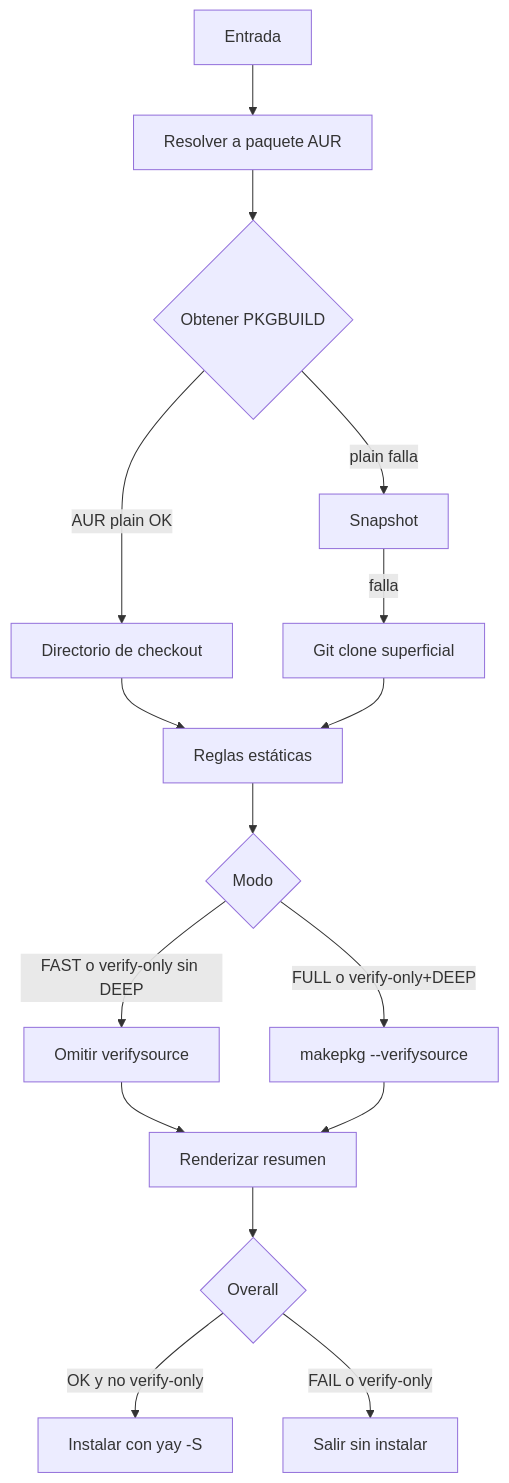
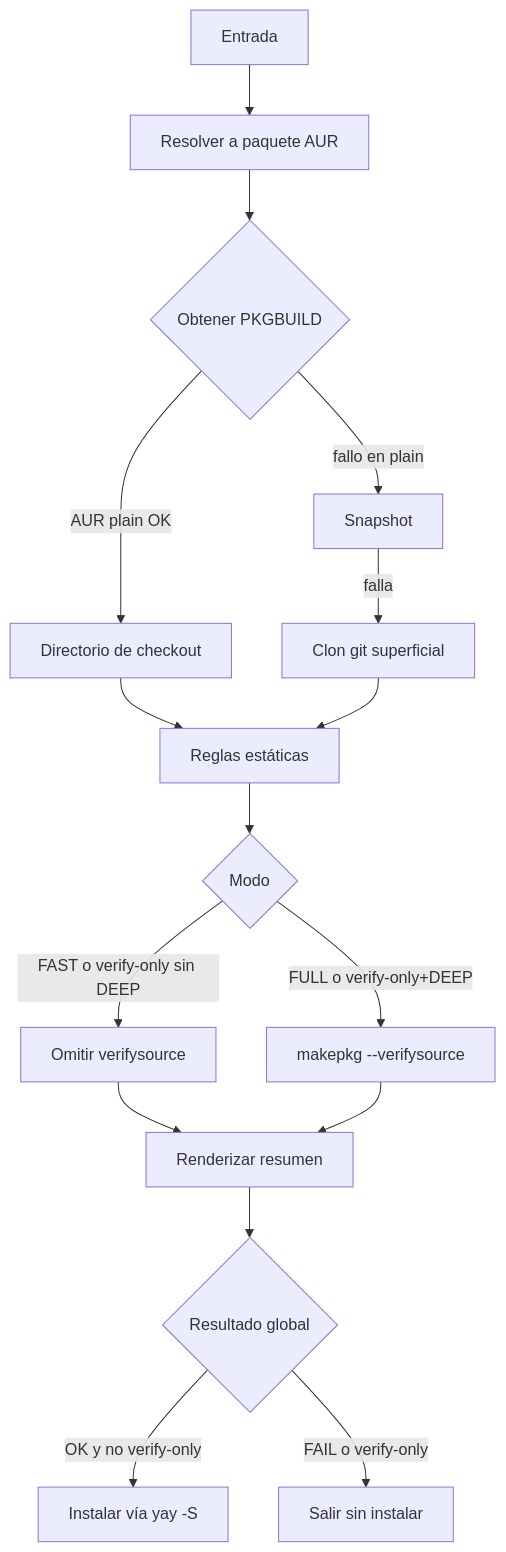
The first of 15 diagrams in docs/developer/README.dev.es.md (LuigiD5555/aur_scanner), drawn with Mermaid before and after one commit. The commit also changed other lines of this file and 1 other file, not shown here.

````diff
--- a/docs/developer/README.dev.es.md
+++ b/docs/developer/README.dev.es.md
@@ -12,18 +17,18 @@
 ```mermaid
 flowchart TD
     A[Entrada] --> B[Resolver a paquete AUR]
     B --> C{Obtener PKGBUILD}
     C -->|AUR plain OK| D[Directorio de checkout]
-    C -->|plain falla| E[Snapshot]
-    E -->|falla| F[Git clone superficial]
+    C -->|fallo en plain| E[Snapshot]
+    E -->|falla| F[Clon git superficial]
     D --> G[Reglas estáticas]
     F --> G
     G --> H{Modo}
     H -->|FAST o verify-only sin DEEP| I[Omitir verifysource]
     H -->|FULL o verify-only+DEEP| J[makepkg --verifysource]
     I --> K[Renderizar resumen]
     J --> K
-    K --> L{Overall}
-    L -->|OK y no verify-only| M[Instalar con yay -S]
+    K --> L{Resultado global}
+    L -->|OK y no verify-only| M[Instalar vía yay -S]
     L -->|FAIL o verify-only| N[Salir sin instalar]
 ```
````
